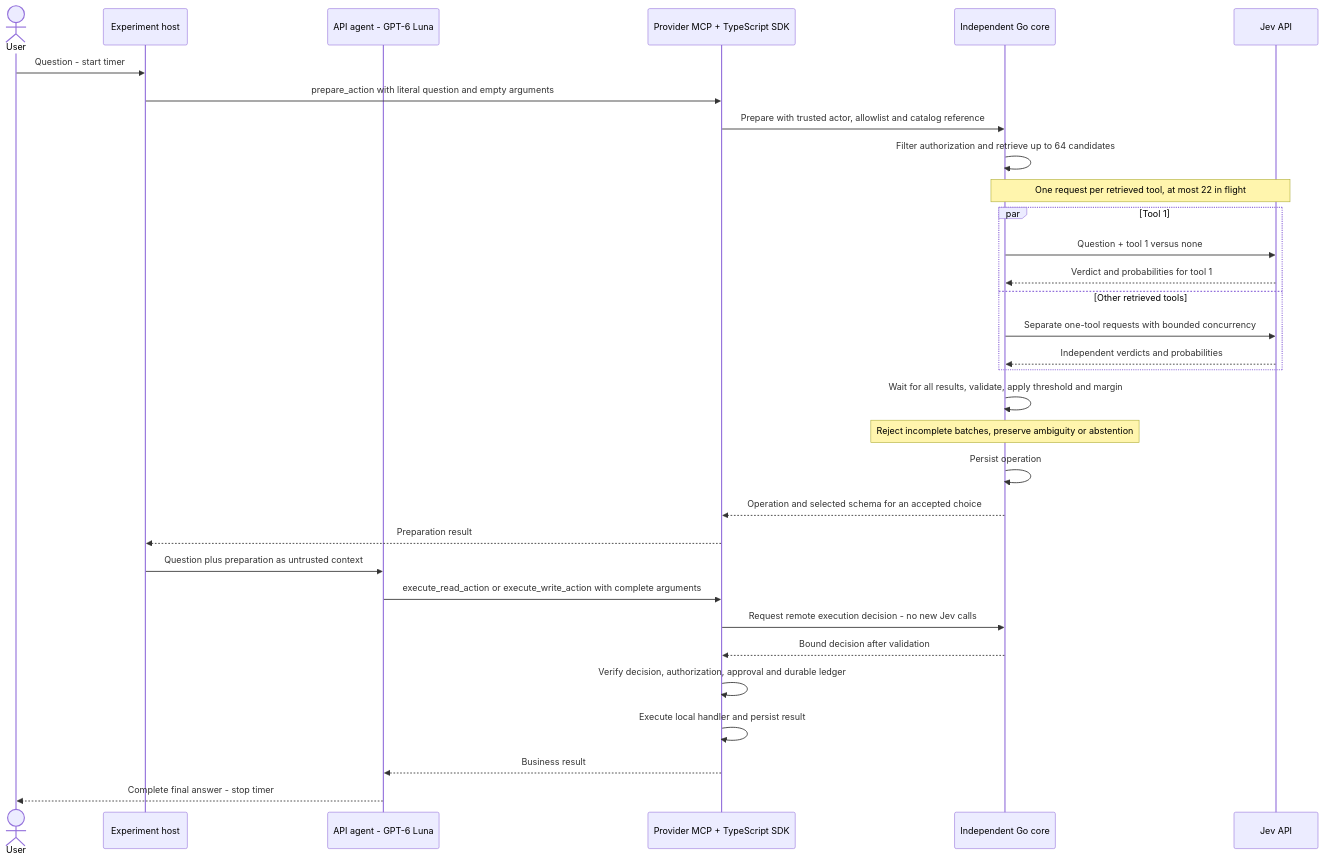
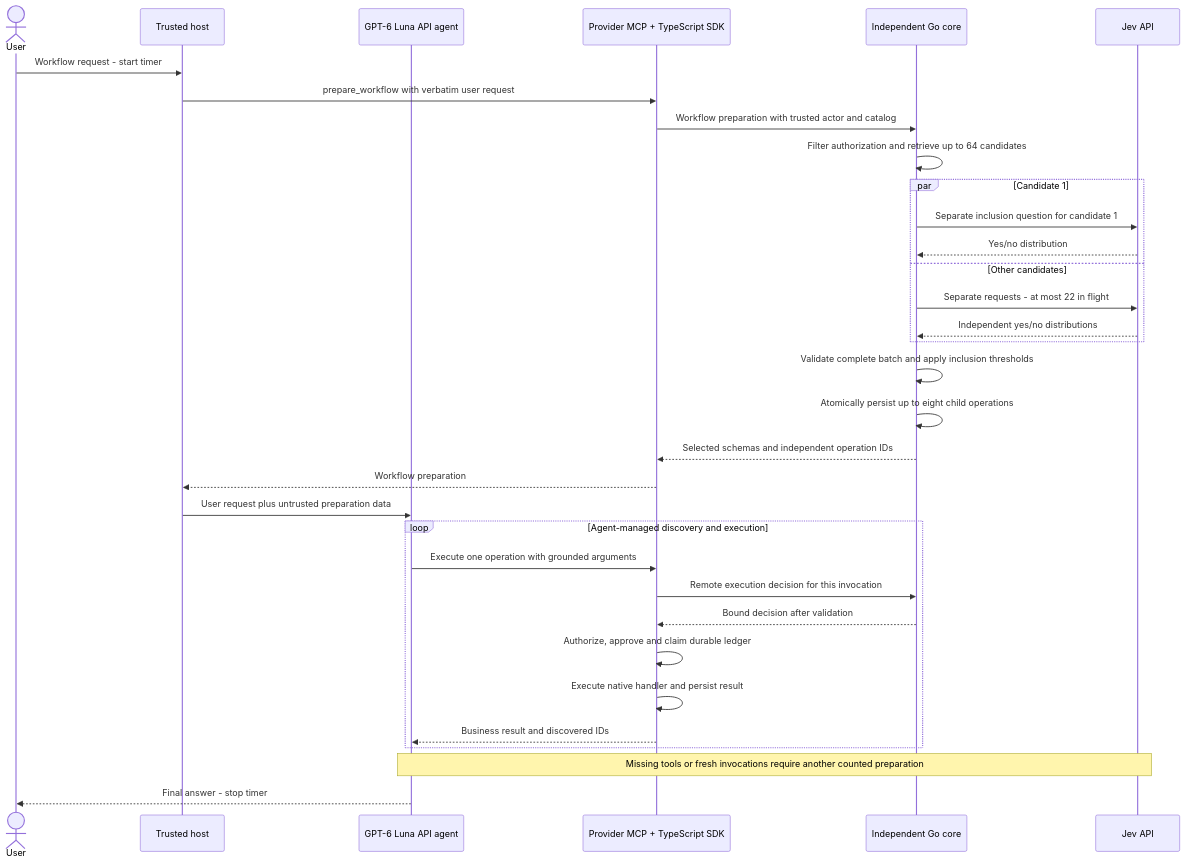
One commit to diorrego/toolgate-experiment changed the fourth of 4 diagrams in README.md. Above: the diagram before and after it, drawn with Mermaid. The commit also changed other lines of this file and 63 other files, not shown here.

Commit message:
Add V3 multi-tool workflow experiment and audited results

````diff
--- a/README.md
+++ b/README.md
@@ -187,34 +234,35 @@
 ```mermaid
 sequenceDiagram
     actor U as User
-    participant H as Experiment host
-    participant A as API agent - GPT-6 Luna
+    participant H as Trusted host
+    participant A as GPT-6 Luna API agent
     participant P as Provider MCP + TypeScript SDK
     participant C as Independent Go core
     participant J as Jev API
-    U->>H: Question - start timer
-    H->>P: prepare_action with literal question and empty arguments
-    P->>C: Prepare with trusted actor, allowlist and catalog reference
+    U->>H: Workflow request - start timer
+    H->>P: prepare_workflow with verbatim user request
+    P->>C: Workflow preparation with trusted actor and catalog
     C->>C: Filter authorization and retrieve up to 64 candidates
-    Note over C,J: One request per retrieved tool, at most 22 in flight
-    par Tool 1
-        C->>J: Question + tool 1 versus none
-        J-->>C: Verdict and probabilities for tool 1
-    and Other retrieved tools
-        C->>J: Separate one-tool requests with bounded concurrency
-        J-->>C: Independent verdicts and probabilities
+    par Candidate 1
+        C->>J: Separate inclusion question for candidate 1
+        J-->>C: Yes/no distribution
+    and Other candidates
+        C->>J: Separate requests - at most 22 in flight
+        J-->>C: Independent yes/no distributions
     end
-    C->>C: Wait for all results, validate, apply threshold and margin
-    Note over C: Reject incomplete batches, preserve ambiguity or abstention
-    C->>C: Persist operation
-    C-->>P: Operation and selected schema for an accepted choice
-    P-->>H: Preparation result
-    H->>A: Question plus preparation as untrusted context
-    A->>P: execute_read_action or execute_write_action with complete arguments
-    P->>C: Request remote execution decision - no new Jev calls
-    C-->>P: Bound decision after validation
-    P->>P: Verify decision, authorization, approval and durable ledger
-    P->>P: Execute local handler and persist result
-    P-->>A: Business result
-    A-->>U: Complete final answer - stop timer
+    C->>C: Validate complete batch and apply inclusion thresholds
+    C->>C: Atomically persist up to eight child operations
+    C-->>P: Selected schemas and independent operation IDs
+    P-->>H: Workflow preparation
+    H->>A: User request plus untrusted preparation data
+    loop Agent-managed discovery and execution
+        A->>P: Execute one operation with grounded arguments
+        P->>C: Remote execution decision for this invocation
+        C-->>P: Bound decision after validation
+        P->>P: Authorize, approve and claim durable ledger
+        P->>P: Execute native handler and persist result
+        P-->>A: Business result and discovered IDs
+    end
+    Note over A,J: Missing tools or fresh invocations require another counted preparation
+    A-->>U: Final answer - stop timer
 ```
````
